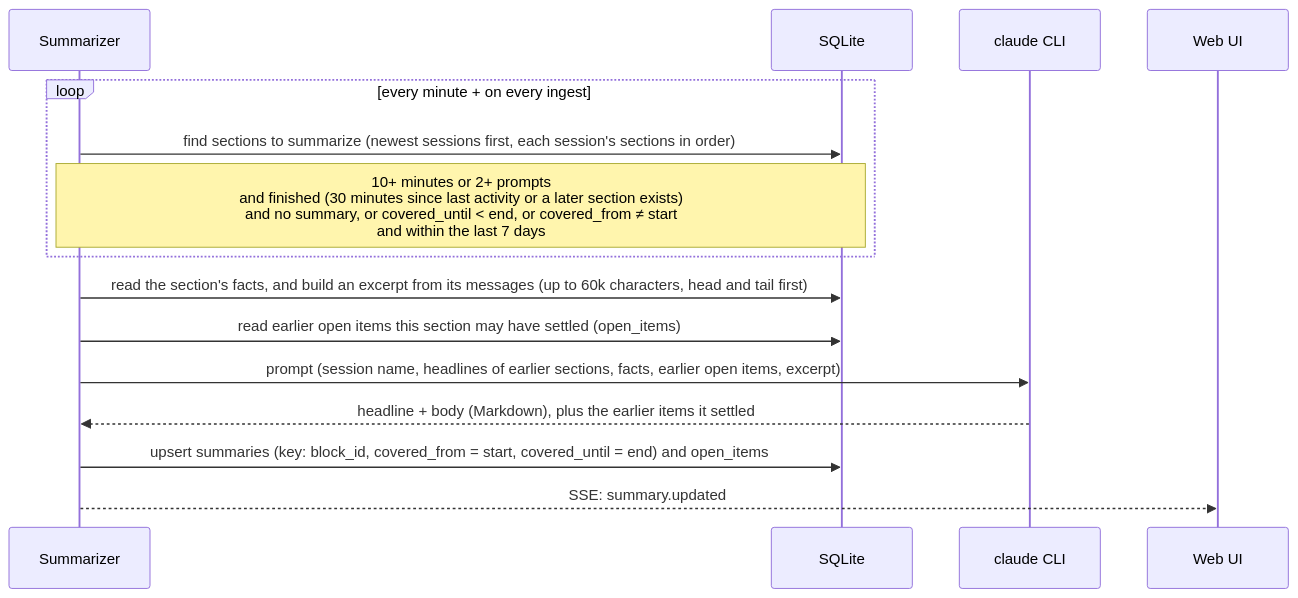
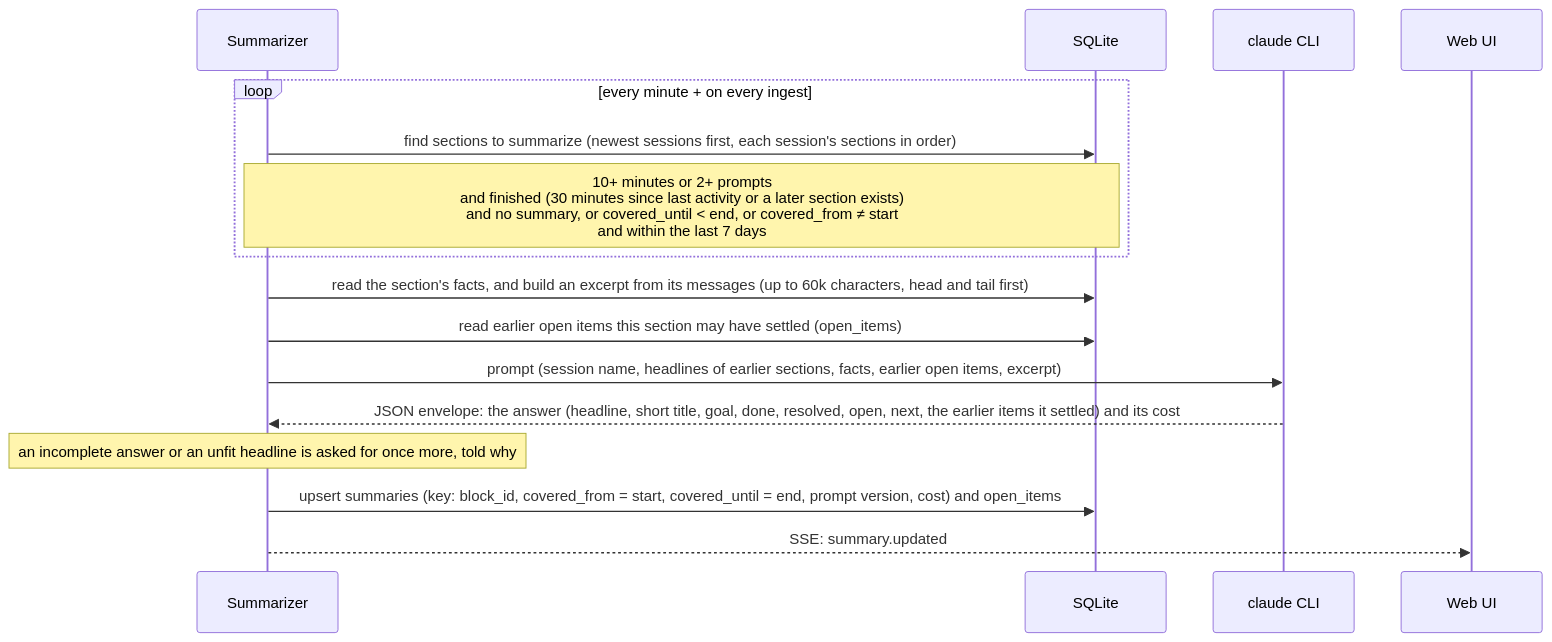
The third of 3 diagrams in ARCHITECTURE.md (atsuki-shirasawa/kairos), drawn with Mermaid before and after one commit. The commit also changed other lines of this file and 43 other files, not shown here.

First line of the commit message:
feat(summarize): JSON answers checked against a schema, with a short title and run stats

````diff
--- a/ARCHITECTURE.md
+++ b/ARCHITECTURE.md
@@ -120,18 +120,19 @@
 ```mermaid
 sequenceDiagram
     participant S as Summarizer
     participant DB as SQLite
     participant C as claude CLI
     participant UI as Web UI
 
     loop every minute + on every ingest
         S->>DB: find sections to summarize (newest sessions first, each session's sections in order)
         Note over S,DB: 10+ minutes or 2+ prompts<br/>and finished (30 minutes since last activity or a later section exists)<br/>and no summary, or covered_until < end, or covered_from ≠ start<br/>and within the last 7 days
     end
     S->>DB: read the section's facts, and build an excerpt from its messages (up to 60k characters, head and tail first)
     S->>DB: read earlier open items this section may have settled (open_items)
     S->>C: prompt (session name, headlines of earlier sections, facts, earlier open items, excerpt)
-    C-->>S: headline + body (Markdown), plus the earlier items it settled
-    S->>DB: upsert summaries (key: block_id, covered_from = start, covered_until = end) and open_items
+    C-->>S: JSON envelope: the answer (headline, short title, goal, done, resolved, open, next, the earlier items it settled) and its cost
+    Note over S: an incomplete answer or an unfit headline is asked for once more, told why
+    S->>DB: upsert summaries (key: block_id, covered_from = start, covered_until = end, prompt version, cost) and open_items
     S-->>UI: SSE: summary.updated
 ```
````
